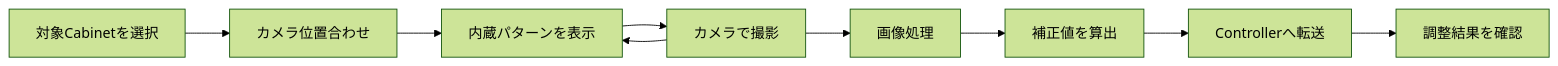
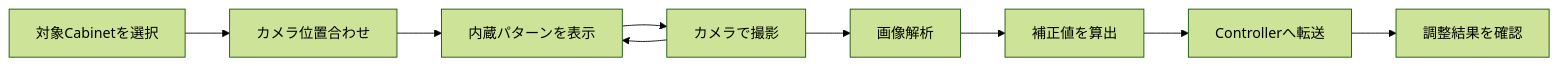
Before and after one commit to HottaTakayuki/ColorAlignmentSoftware: the first of 2 diagrams in docs/カメラCAS_要件定義書_.md, drawn with Mermaid (forest theme). The commit also changed other lines of this file and 26 other files, not shown here.

````diff
--- a/docs/カメラCAS_要件定義書_.md
+++ b/docs/カメラCAS_要件定義書_.md
@@ -67,11 +67,11 @@
 ```mermaid
 flowchart LR
 	A["対象Cabinetを選択"] --> B["カメラ位置合わせ"]
 	B --> C["内蔵パターンを表示"]
 	C --> D["カメラで撮影"]
 	D --> C
-	D --> E["画像処理"]
+	D --> E["画像解析"]
 	E --> F["補正値を算出"]
 	F --> G["Controllerへ転送"]
 	G --> H["調整結果を確認"]
 ```
````
